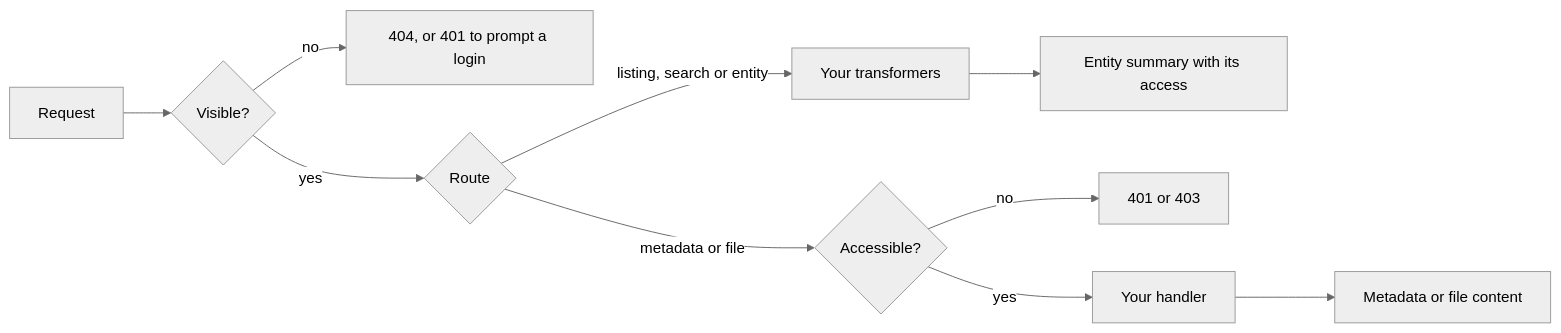
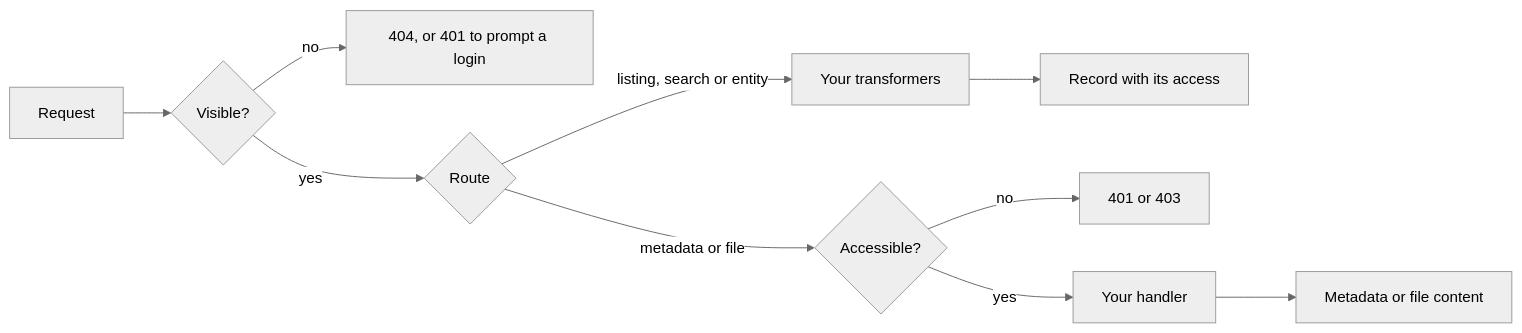
Before and after one commit to Language-Research-Technology/arocapi: the diagram in website/src/content/docs/introduction/what-is-arocapi.mdx, drawn with Mermaid (neutral theme). The commit also changed other lines of this file and 70 other files, not shown here.

````diff
--- a/website/src/content/docs/introduction/what-is-arocapi.mdx
+++ b/website/src/content/docs/introduction/what-is-arocapi.mdx
@@ -47,12 +47,12 @@
 ```mermaid
 flowchart LR
   request[Request] --> visible{Visible?}
   visible -- no --> notFound[404, or 401 to prompt a login]
   visible -- yes --> route{Route}
   route -- listing, search or entity --> transformers[Your transformers]
-  transformers --> summary[Entity summary with its access]
+  transformers --> record[Record with its access]
   route -- metadata or file --> accessible{Accessible?}
   accessible -- no --> refused[401 or 403]
   accessible -- yes --> handler[Your handler]
   handler --> bytes[Metadata or file content]
 ```
````
